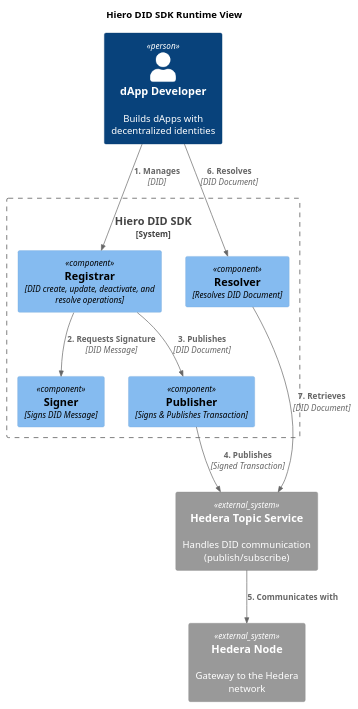
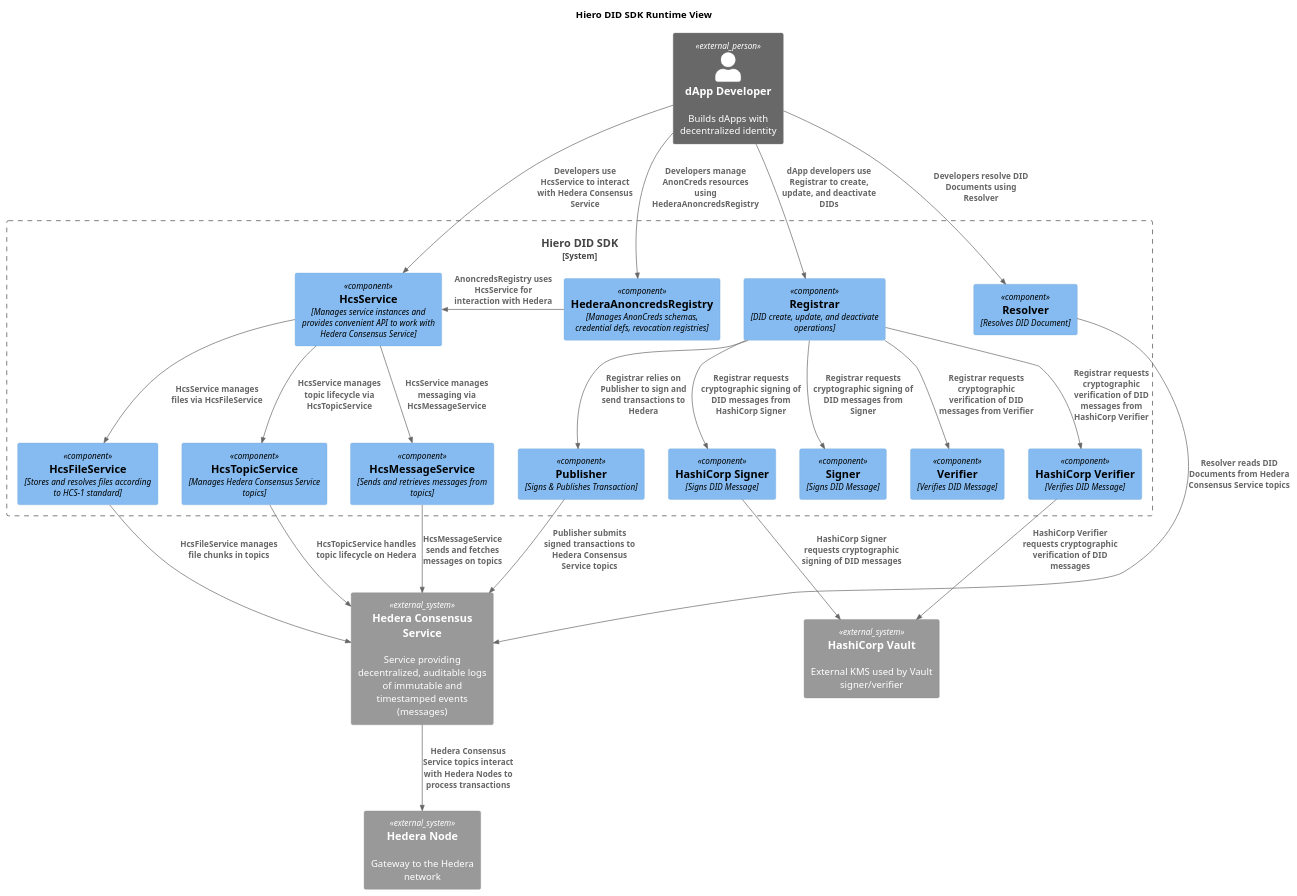
Before and after one commit to hiero-ledger/hiero-did-sdk-js: the diagram in docs/modules/ROOT/pages/02-design/diagrams/runtime-view-diagram.puml, drawn with PlantUML. The commit also changed 115 other files, not shown here.

```diff
--- a/docs/modules/ROOT/pages/02-design/diagrams/runtime-view-diagram.puml
+++ b/docs/modules/ROOT/pages/02-design/diagrams/runtime-view-diagram.puml
@@ -1,26 +1,73 @@
 @startuml
 !include https://raw.githubusercontent.com/plantuml-stdlib/C4-PlantUML/master/C4_Component.puml
 
 title Hiero DID SDK Runtime View
 
-Person(developer, "dApp Developer", "Builds dApps with decentralized identities")
+Person_Ext(developer, "dApp Developer", "Builds dApps with decentralized identity")
 
-System_Boundary(sdk, "Hiero DID SDK") {
-  Component(registrar, "Registrar", "DID create, update, deactivate, and resolve operations")
+System_Boundary(c1, "Hiero DID SDK") {
+
+  Component(registrar, "Registrar", "DID create, update, and deactivate operations")
   Component(resolver, "Resolver", "Resolves DID Document")
+  Component(hcsService, "HcsService", "Manages service instances and provides convenient API to work with Hedera Consensus Service")
+  Component(anoncredsRegistry, "HederaAnoncredsRegistry", "Manages AnonCreds schemas, credential defs, revocation registries")
+
   Component(signer, "Signer", "Signs DID Message")
-  Component(publisher, "Publisher", "Signs & Publishes Transaction")  
+  Component(verifier, "Verifier", "Verifies DID Message")
+
+  Component(publisher, "Publisher", "Signs & Publishes Transaction")
+
+  Component(hashicorpSigner, "HashiCorp Signer", "Signs DID Message")
+  Component(hashicorpVerifier, "HashiCorp Verifier", "Verifies DID Message")
+
+  Component(hcsTopicService, "HcsTopicService", "Manages Hedera Consensus Service topics")
+  Component(hcsMessageService, "HcsMessageService", "Sends and retrieves messages from topics")
+  Component(hcsFileService, "HcsFileService", "Stores and resolves files according to HCS-1 standard")
 }
 
-System_Ext(topic, "Hedera Topic Service", "Handles DID communication (publish/subscribe)")
+System_Ext(hashicorp, "HashiCorp Vault", "External KMS used by Vault signer/verifier")
+
+System_Ext(topic, "Hedera Consensus Service", "Service providing decentralized, auditable logs of immutable and timestamped events (messages)")
 System_Ext(hedera, "Hedera Node", "Gateway to the Hedera network")
 
-Rel(developer, registrar, "1. Manages", "DID")
-Rel(registrar, signer, "2. Requests Signature", "DID Message")
-Rel(registrar, publisher, "3. Publishes", "DID Document")
-Rel(publisher, topic, "4. Publishes", "Signed Transaction")
-Rel(topic, hedera, "5. Communicates with")
-Rel(developer, resolver, "6. Resolves", "DID Document")
-Rel(resolver, topic, "7. Retrieves", "DID Document")
+' Developer interactions
+Rel(developer, registrar, "dApp developers use Registrar to create, update, and deactivate DIDs")
+Rel(developer, resolver, "Developers resolve DID Documents using Resolver")
+Rel(developer, hcsService, "Developers use HcsService to interact with Hedera Consensus Service")
+Rel(developer, anoncredsRegistry, "Developers manage AnonCreds resources using HederaAnoncredsRegistry")
+
+' Registrar dependencies
+Rel(registrar, signer, "Registrar requests cryptographic signing of DID messages from Signer")
+Rel(registrar, verifier, "Registrar requests cryptographic verification of DID messages from Verifier")
+
+Rel(registrar, publisher, "Registrar relies on Publisher to sign and send transactions to Hedera")
+
+Rel(registrar, hashicorpSigner, "Registrar requests cryptographic signing of DID messages from HashiCorp Signer")
+Rel(registrar, hashicorpVerifier, "Registrar requests cryptographic verification of DID messages from HashiCorp Verifier")
+
+Rel(hashicorpSigner, hashicorp, "HashiCorp Signer requests cryptographic signing of DID messages")
+Rel_R(hashicorpVerifier, hashicorp, "HashiCorp Verifier requests cryptographic verification of DID messages")
+
+' Transaction submission
+Rel(publisher, topic, "Publisher submits signed transactions to Hedera Consensus Service topics")
+
+' DID Document retrieval
+Rel(resolver, topic, "Resolver reads DID Documents from Hedera Consensus Service topics")
+
+' HCS service internal usage
+Rel(hcsService, hcsTopicService, "HcsService manages topic lifecycle via HcsTopicService")
+Rel(hcsService, hcsMessageService, "HcsService manages messaging via HcsMessageService")
+Rel(hcsService, hcsFileService, "HcsService manages files via HcsFileService")
+
+' Topic communication with Hedera network
+Rel(hcsMessageService, topic, "HcsMessageService sends and fetches messages on topics")
+Rel(hcsFileService, topic, "HcsFileService manages file chunks in topics")
+Rel(hcsTopicService, topic, "HcsTopicService handles topic lifecycle on Hedera")
+
+' Anoncreds registry relies on HCS service
+Rel_L(anoncredsRegistry, hcsService, "AnoncredsRegistry uses HcsService for interaction with Hedera")
+
+' Hedera network infrastructure
+Rel(topic, hedera, "Hedera Consensus Service topics interact with Hedera Nodes to process transactions")
 
 @enduml
```
